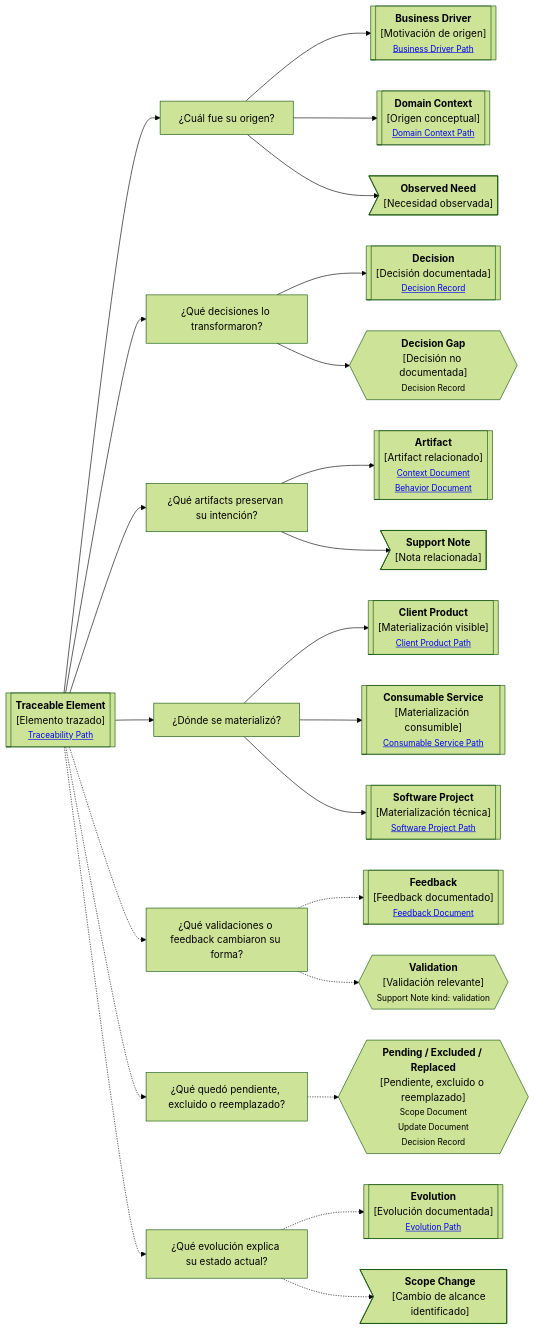
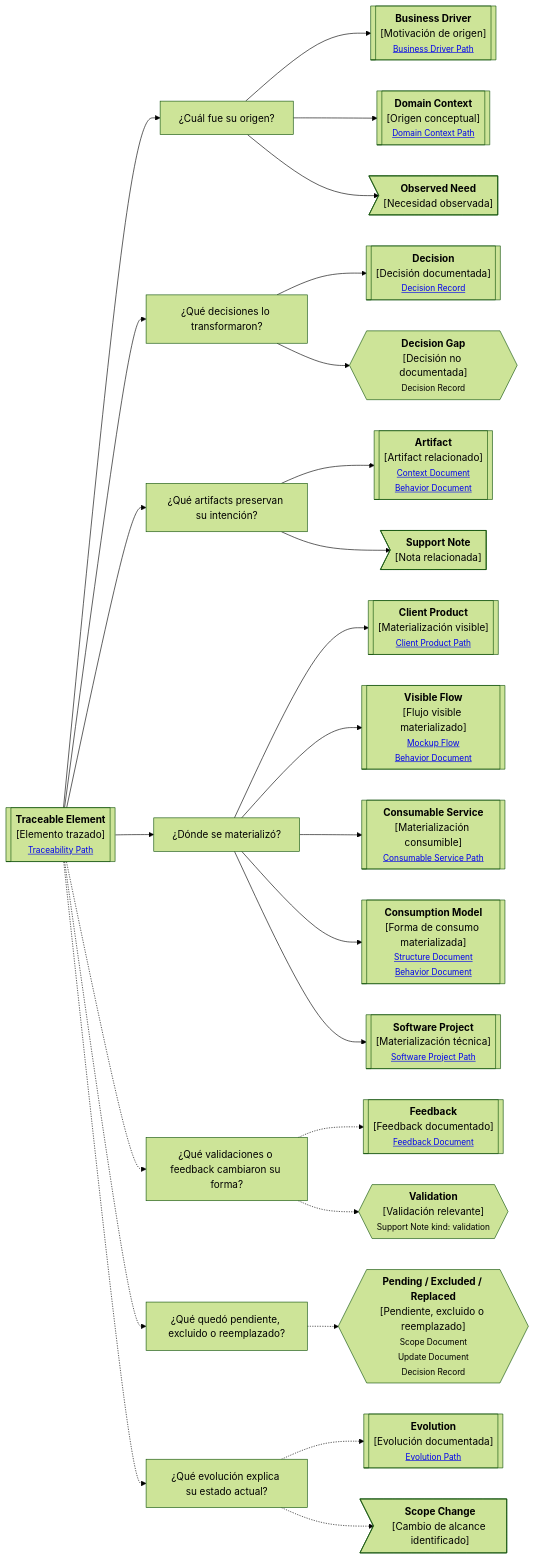
One commit to vslices/docs changed the diagram in docs/es/alive-lab/research/notes/docs-standard/artifacts/continuity-paths/support/traceability.md. Above: the diagram before and after it, drawn with Mermaid (forest theme). The commit also changed other lines of this file and 10 other files, not shown here.

````diff
--- a/docs/es/alive-lab/research/notes/docs-standard/artifacts/continuity-paths/support/traceability.md
+++ b/docs/es/alive-lab/research/notes/docs-standard/artifacts/continuity-paths/support/traceability.md
@@ -60,55 +38,36 @@
 ```mermaid
 flowchart LR
     A[["<b>Traceable Element</b><br/>[Elemento trazado]<br/><small><a href='link'>Traceability Path</a></small>"]]
 
-    P1["¿Cuál fue su origen?"]
-    P2["¿Qué decisiones lo transformaron?"]
-    P3["¿Qué artifacts preservan su intención?"]
-    P4["¿Dónde se materializó?"]
-    P5["¿Qué validaciones o feedback cambiaron su forma?"]
-    P6["¿Qué quedó pendiente, excluido o reemplazado?"]
-    P7["¿Qué evolución explica su estado actual?"]
+    A --> P1["¿Cuál fue su origen?"]
+    A --> P2["¿Qué decisiones lo transformaron?"]
+    A --> P3["¿Qué artifacts preservan su intención?"]
+    A --> P4["¿Dónde se materializó?"]
+    A -.-> P5["¿Qué validaciones o feedback cambiaron su forma?"]
+    A -.-> P6["¿Qué quedó pendiente, excluido o reemplazado?"]
+    A -.-> P7["¿Qué evolución explica su estado actual?"]
 
-    O1[["<b>Business Driver</b><br/>[Motivación de origen]<br/><small><a href='link'>Business Driver Path</a></small>"]]
-    O2[["<b>Domain Context</b><br/>[Origen conceptual]<br/><small><a href='link'>Domain Context Path</a></small>"]]
-    O3>"<b>Observed Need</b><br/>[Necesidad observada]"]
+    P1 --> O1[["<b>Business Driver</b><br/>[Motivación de origen]<br/><small><a href='link'>Business Driver Path</a></small>"]]
+    P1 --> O2[["<b>Domain Context</b><br/>[Origen conceptual]<br/><small><a href='link'>Domain Context Path</a></small>"]]
+    P1 --> O3>"<b>Observed Need</b><br/>[Necesidad observada]"]
 
-    D1[["<b>Decision</b><br/>[Decisión documentada]<br/><small><a href='link'>Decision Record</a></small>"]]
-    D2{{"<b>Decision Gap</b><br/>[Decisión no documentada]<br/><small>Decision Record</small>"}}
+    P2 --> D1[["<b>Decision</b><br/>[Decisión documentada]<br/><small><a href='link'>Decision Record</a></small>"]]
+    P2 --> D2{{"<b>Decision Gap</b><br/>[Decisión no documentada]<br/><small>Decision Record</small>"}}
 
-    A1[["<b>Artifact</b><br/>[Artifact relacionado]<br/><small><a href='link'>Context Document</a><br/><a href='link'>Behavior Document</a></small>"]]
-    A2>"<b>Support Note</b><br/>[Nota relacionada]"]
+    P3 --> AR1[["<b>Artifact</b><br/>[Artifact relacionado]<br/><small><a href='link'>Context Document</a><br/><a href='link'>Behavior Document</a></small>"]]
+    P3 --> AR2>"<b>Support Note</b><br/>[Nota relacionada]"]
 
-    M1[["<b>Client Product</b><br/>[Materialización visible]<br/><small><a href='link'>Client Product Path</a></small>"]]
-    M2[["<b>Consumable Service</b><br/>[Materialización consumible]<br/><small><a href='link'>Consumable Service Path</a></small>"]]
-    M3[["<b>Software Project</b><br/>[Materialización técnica]<br/><small><a href='link'>Software Project Path</a></small>"]]
+    P4 --> M1[["<b>Client Product</b><br/>[Materialización visible]<br/><small><a href='link'>Client Product Path</a></small>"]]
+    P4 --> M2[["<b>Visible Flow</b><br/>[Flujo visible materializado]<br/><small><a href='link'>Mockup Flow</a><br/><a href='link'>Behavior Document</a></small>"]]
+    P4 --> M3[["<b>Consumable Service</b><br/>[Materialización consumible]<br/><small><a href='link'>Consumable Service Path</a></small>"]]
+    P4 --> M4[["<b>Consumption Model</b><br/>[Forma de consumo materializada]<br/><small><a href='link'>Structure Document</a><br/><a href='link'>Behavior Document</a></small>"]]
+    P4 --> M5[["<b>Software Project</b><br/>[Materialización técnica]<br/><small><a href='link'>Software Project Path</a></small>"]]
 
-    V1[["<b>Feedback</b><br/>[Feedback documentado]<br/><small><a href='link'>Feedback Document</a></small>"]]
-    V2{{"<b>Validation</b><br/>[Validación relevante]<br/><small>Support Note kind: validation</small>"}}
+    P5 -.-> V1[["<b>Feedback</b><br/>[Feedback documentado]<br/><small><a href='link'>Feedback Document</a></small>"]]
+    P5 -.-> V2{{"<b>Validation</b><br/>[Validación relevante]<br/><small>Support Note kind: validation</small>"}}
 
-    PND{{"<b>Pending / Excluded / Replaced</b><br/>[Pendiente, excluido o reemplazado]<br/><small>Scope Document<br/>Update Document<br/>Decision Record</small>"}}
+    P6 -.-> PND{{"<b>Pending / Excluded / Replaced</b><br/>[Pendiente, excluido o reemplazado]<br/><small>Scope Document<br/>Update Document<br/>Decision Record</small>"}}
 
-    E1[["<b>Evolution</b><br/>[Evolución documentada]<br/><small><a href='link'>Evolution Path</a></small>"]]
-    E2>"<b>Scope Change</b><br/>[Cambio de alcance identificado]"]
-
-    A --> P1
-    P1 --> O1 & O2 & O3
-
-    A --> P2
-    P2 --> D1 & D2
-
-    A --> P3
-    P3 --> A1 & A2
-
-    A --> P4
-    P4 --> M1 & M2 & M3
-
-    A -.-> P5
-    P5 -.-> V1 & V2
-
-    A -.-> P6
-    P6 -.-> PND
-
-    A -.-> P7
-    P7 -.-> E1 & E2
+    P7 -.-> E1[["<b>Evolution</b><br/>[Evolución documentada]<br/><small><a href='link'>Evolution Path</a></small>"]]
+    P7 -.-> E2>"<b>Scope Change</b><br/>[Cambio de alcance identificado]"]
 ```
````
